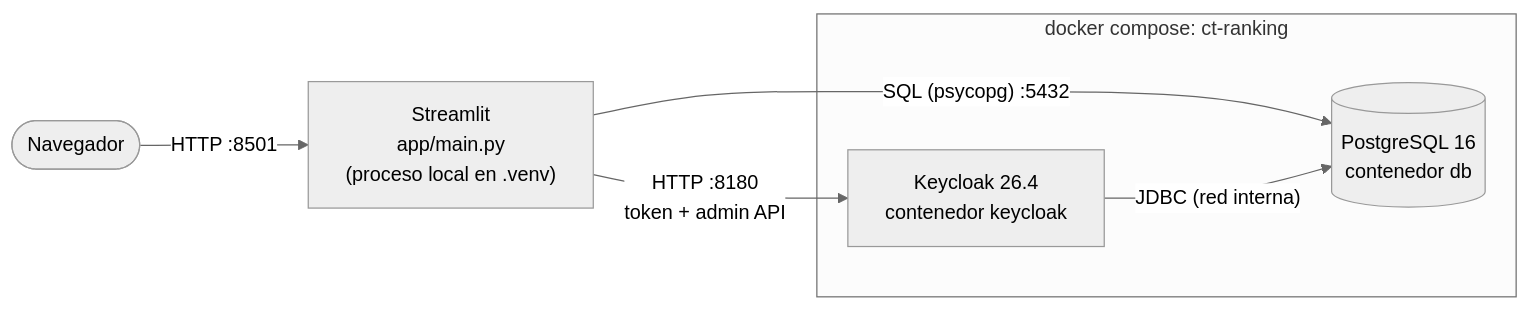
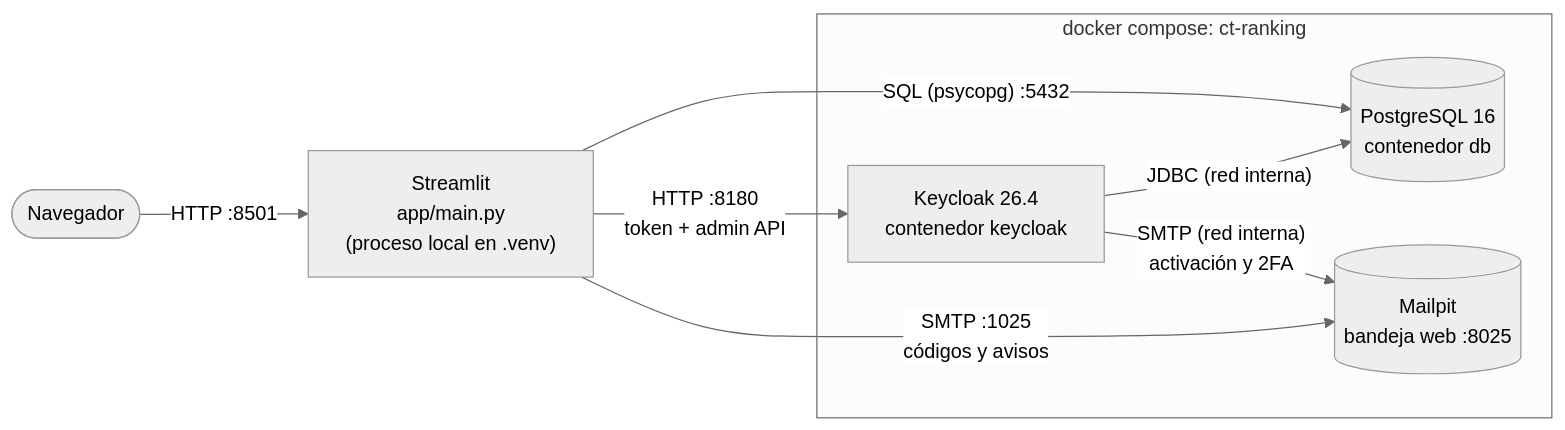
One commit to Jhoan-Dominguez/ct-ranking-platform changed the diagram in docs/03-despliegue-y-operacion.md. Above: the diagram before and after it, drawn with Mermaid (neutral theme). The commit also changed other lines of this file and 3 other files, not shown here.

First line of the commit message:
docs: update overview, installation, deployment and architecture guides

````diff
--- a/docs/03-despliegue-y-operacion.md
+++ b/docs/03-despliegue-y-operacion.md
@@ -5,11 +5,14 @@
 ```mermaid
 flowchart LR
     browser([Navegador]) -- HTTP :8501 --> app["Streamlit<br/>app/main.py<br/>(proceso local en .venv)"]
     app -- "SQL (psycopg) :5432" --> db[("PostgreSQL 16<br/>contenedor db")]
     app -- "HTTP :8180<br/>token + admin API" --> kc["Keycloak 26.4<br/>contenedor keycloak"]
     kc -- "JDBC (red interna)" --> db
+    app -- "SMTP :1025<br/>códigos y avisos" --> mail[("Mailpit<br/>bandeja web :8025")]
+    kc -- "SMTP (red interna)<br/>activación y 2FA" --> mail
     subgraph docker compose: ct-ranking
         db
         kc
+        mail
     end
 ```
````
